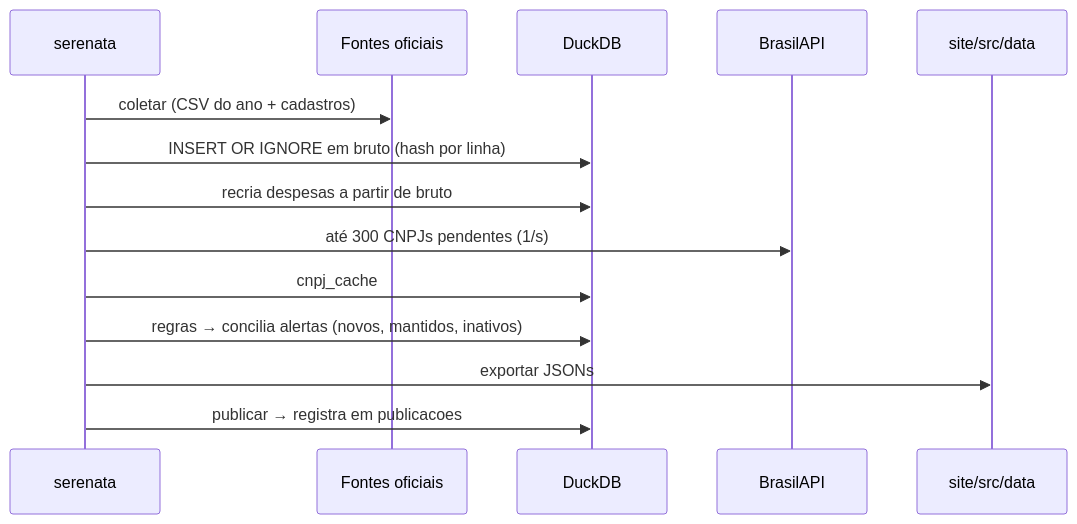
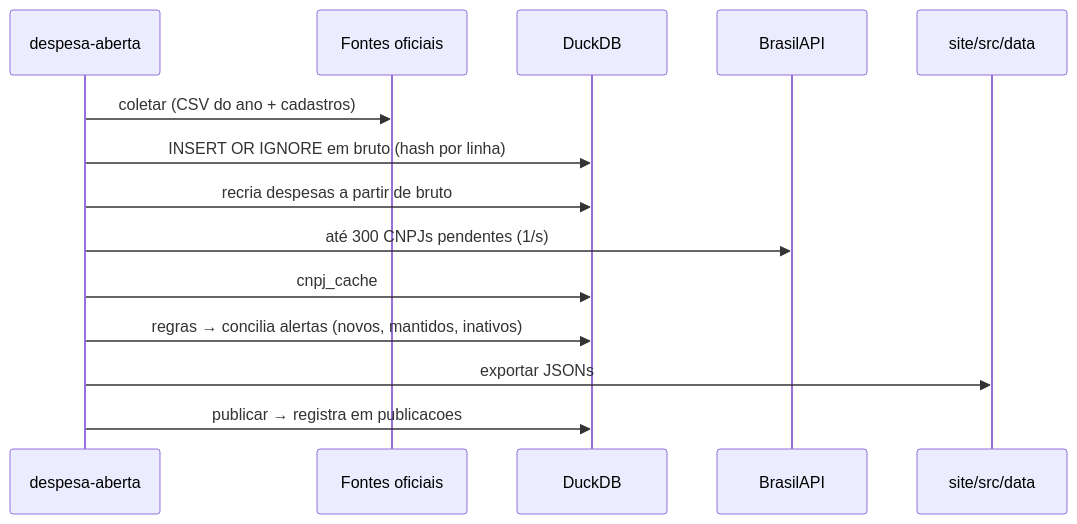
The second of 4 diagrams in docs/sistema.md (theavila/despesa-aberta), drawn with Mermaid before and after one commit. The commit also changed other lines of this file and 26 other files, not shown here.

First line of the commit message:
refactor: renomeia o projeto para Despesa Aberta

````diff
--- a/docs/sistema.md
+++ b/docs/sistema.md
@@ -77,16 +77,16 @@
 ```mermaid
 sequenceDiagram
-    participant CLI as serenata
+    participant CLI as despesa-aberta
     participant F as Fontes oficiais
     participant DB as DuckDB
     participant API as BrasilAPI
     participant S as site/src/data
     CLI->>F: coletar (CSV do ano + cadastros)
     CLI->>DB: INSERT OR IGNORE em bruto (hash por linha)
     CLI->>DB: recria despesas a partir de bruto
     CLI->>API: até 300 CNPJs pendentes (1/s)
     CLI->>DB: cnpj_cache
     CLI->>DB: regras → concilia alertas (novos, mantidos, inativos)
     CLI->>S: exportar JSONs
     CLI->>DB: publicar → registra em publicacoes
 ```
````
